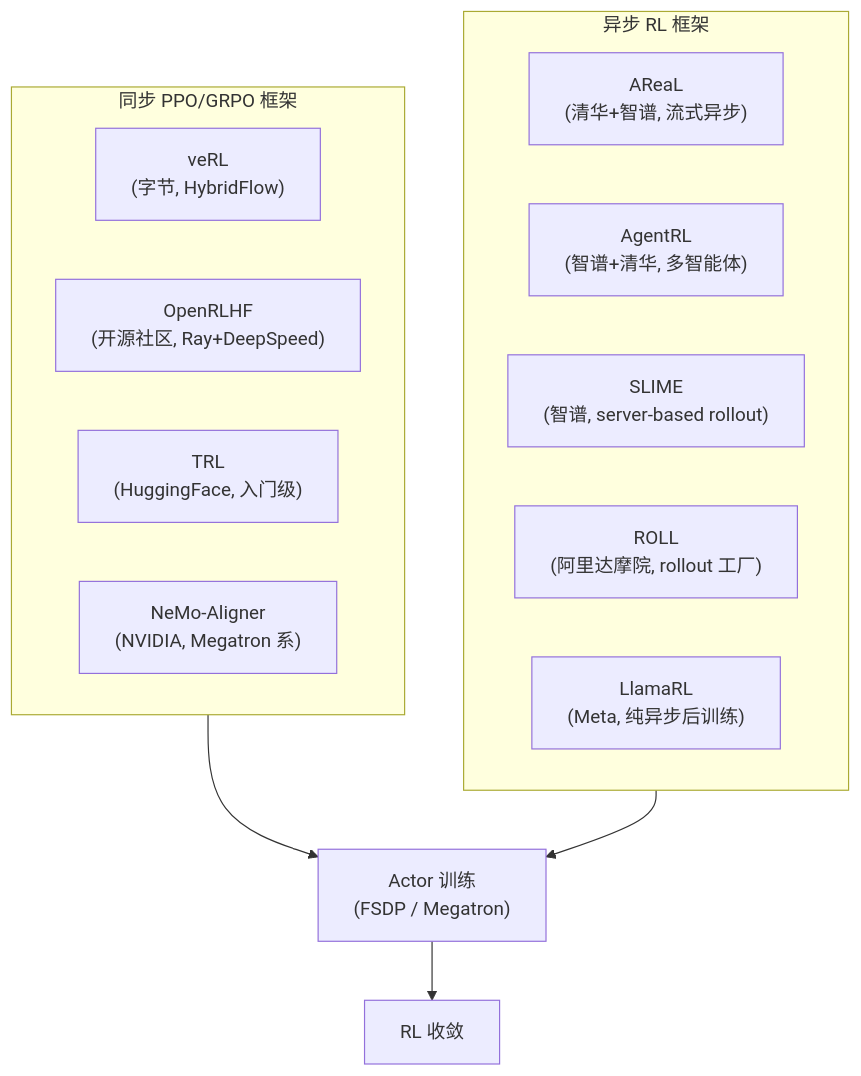
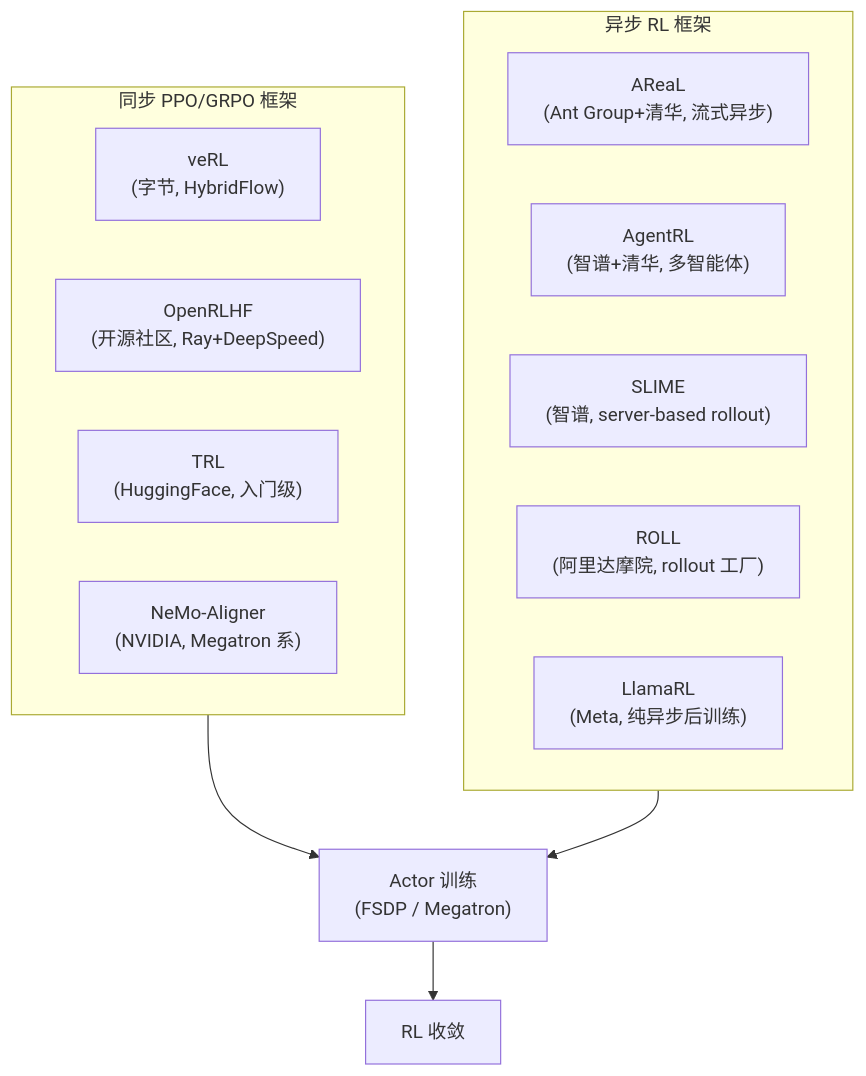
The diagram in docs/chapter16_llm_rl_industrial/intro.md (vishalbelsare/hands-on-modern-rl), drawn with Mermaid before and after one commit. The commit also changed other lines of this file and 7 other files, not shown here.

````diff
--- a/docs/chapter16_llm_rl_industrial/intro.md
+++ b/docs/chapter16_llm_rl_industrial/intro.md
@@ -19,19 +19,19 @@
 ```mermaid
 flowchart TB
     subgraph Sync["同步 PPO/GRPO 框架"]
         veRL["veRL<br/>(字节, HybridFlow)"]
         OpenRLHF["OpenRLHF<br/>(开源社区, Ray+DeepSpeed)"]
         TRL["TRL<br/>(HuggingFace, 入门级)"]
         NeMo["NeMo-Aligner<br/>(NVIDIA, Megatron 系)"]
     end
     subgraph Async["异步 RL 框架"]
-        AReaL["AReaL<br/>(清华+智谱, 流式异步)"]
+        AReaL["AReaL<br/>(Ant Group+清华, 流式异步)"]
         AgentRL["AgentRL<br/>(智谱+清华, 多智能体)"]
         SLIME["SLIME<br/>(智谱, server-based rollout)"]
         ROLL["ROLL<br/>(阿里达摩院, rollout 工厂)"]
         LlamaRL["LlamaRL<br/>(Meta, 纯异步后训练)"]
     end
     Sync --> Policy["Actor 训练<br/>(FSDP / Megatron)"]
     Async --> Policy
     Policy --> Converge["RL 收敛"]
 ```
````
